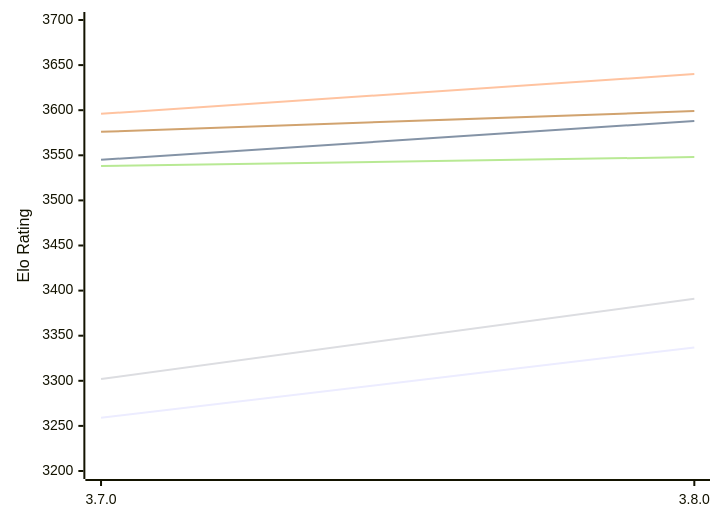
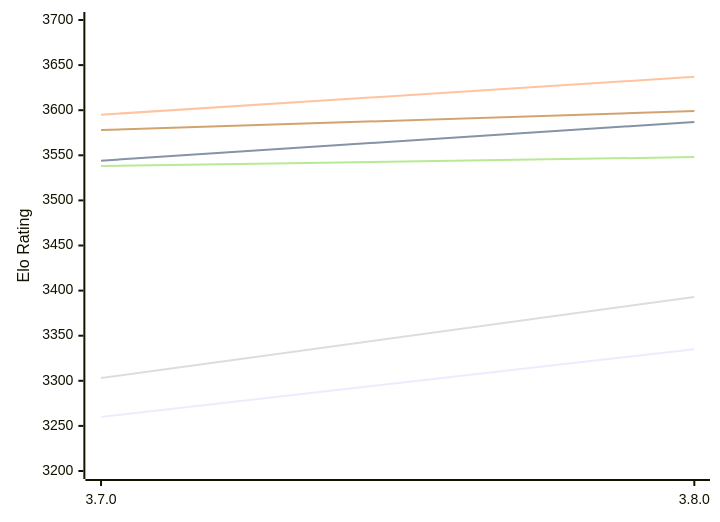
The first of 2 diagrams in engines/Igel.md (computer-chess-index/cci), drawn with Mermaid before and after one commit. The commit also changed other lines of this file, not shown here.

Commit message:
Update CCI Ratings (ELO VLTC) - 2026-11-27

````diff
--- a/engines/Igel.md
+++ b/engines/Igel.md
@@ -51,12 +51,12 @@
 ```mermaid
 %%{init: {"theme":"base","themeVariables":{"seriesColors:['#a3a3a3','#222221','#faa371']}}}%%
 xychart-beta
   x-axis ["3.7.0", "3.8.0"]
   y-axis "Elo Rating" 3200 --> 3700
-  line "E1: STC (8.0+0.08s)" [3259, 3337]
-  line "E1: LTC (60.0+0.60s)" [3545, 3588]
-  line "E1: VLTC (2m24s+1.12s)" [3596, 3640]
-  line "P1: STC (8.0+0.08s)" [3302, 3391]
+  line "E1: STC (8.0+0.08s)" [3260, 3335]
+  line "E1: LTC (60.0+0.60s)" [3544, 3587]
+  line "E1: VLTC (2m24s+1.12s)" [3595, 3637]
+  line "P1: STC (8.0+0.08s)" [3303, 3393]
   line "P1: LTC (60.0+0.60s)" [3538, 3548]
-  line "P1: VLTC (2m24s+1.12s)" [3576, 3599]
+  line "P1: VLTC (2m24s+1.12s)" [3578, 3599]
 ```
````
